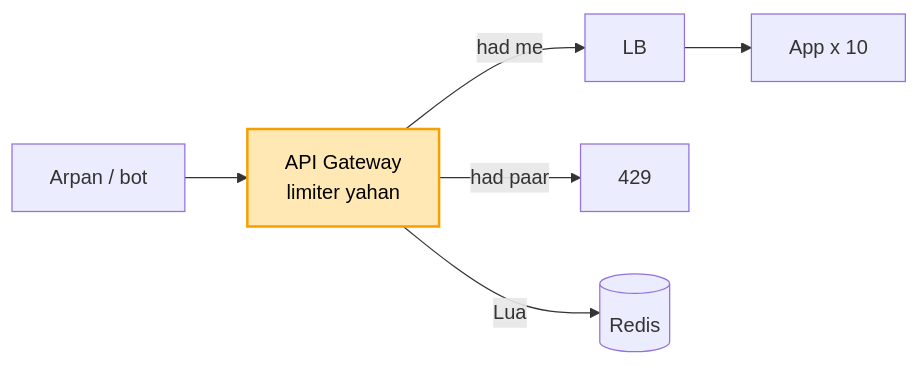
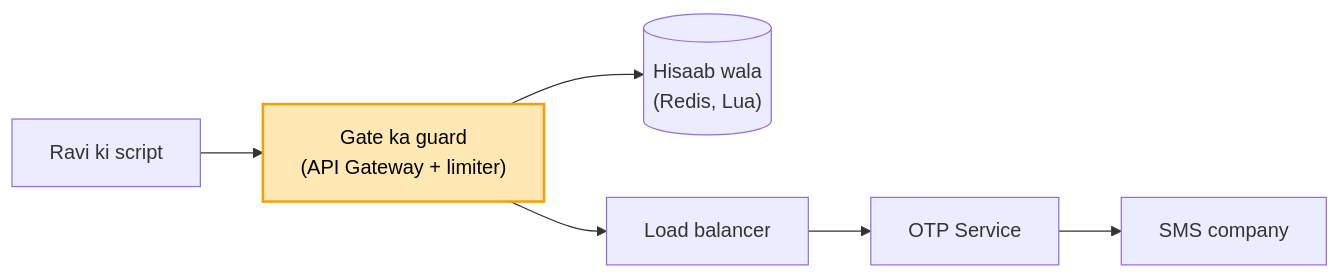
The second of 4 diagrams in 04_HLD/SYSTEM_DESIGNS/02_rate_limiter/02_rate_limiter.md (ArpanMaheshwari144/Prep), drawn with Mermaid before and after one commit. The commit also changed other lines of this file and 13 other files, not shown here.

````diff
--- a/04_HLD/SYSTEM_DESIGNS/02_rate_limiter/02_rate_limiter.md
+++ b/04_HLD/SYSTEM_DESIGNS/02_rate_limiter/02_rate_limiter.md
@@ -198,8 +83,9 @@
 ```mermaid
 flowchart LR
-    U["Arpan / bot"] --> G["API Gateway<br/>limiter yahan"]
-    G -- "had me" --> LB["LB"] --> S["App x 10"]
-    G -- "had paar" --> X["429"]
-    G -- "Lua" --> R[("Redis")]
+    U["Ravi ki script"] --> G["Gate ka guard<br/>(API Gateway + limiter)"]
+    G --> R[("Hisaab wala<br/>(Redis, Lua)")]
+    G --> LB["Load balancer"]
+    LB --> O["OTP Service"]
+    O --> SMS["SMS company"]
     style G fill:#ffe8b3,stroke:#f59f00,stroke-width:2px,color:#000
 ```
````
